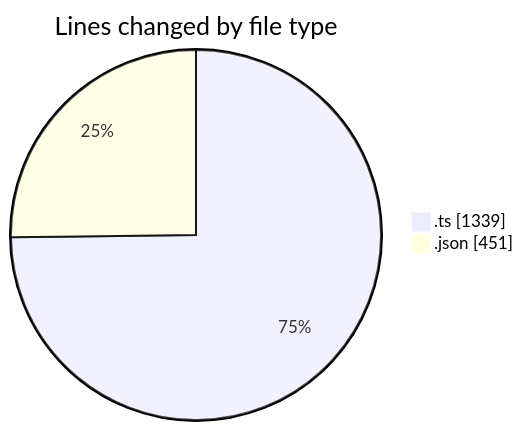
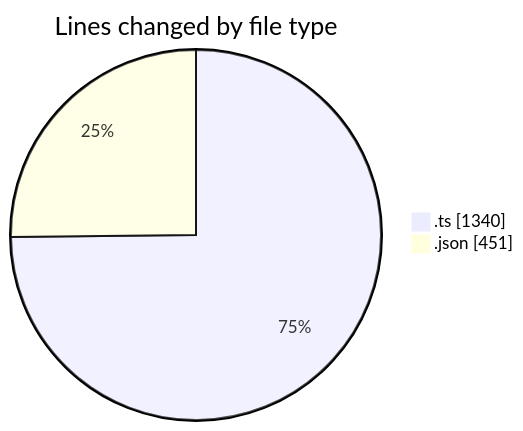
One commit to momahboobian/code-tracking changed the first of 2 diagrams in 2025-10-22/cda/README.md. Above: the diagram before and after it, drawn with Mermaid. The commit also changed other lines of this file and 1 other file, not shown here.

````diff
--- a/2025-10-22/cda/README.md
+++ b/2025-10-22/cda/README.md
@@ -24,6 +24,6 @@
 ```mermaid
 pie showData
 title Lines changed by file type
-".ts" : 1339
+".ts" : 1340
 ".json" : 451
 ```
````
